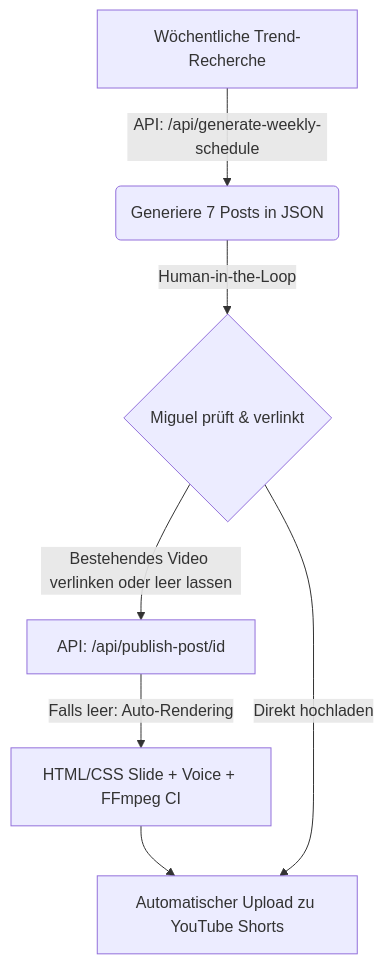
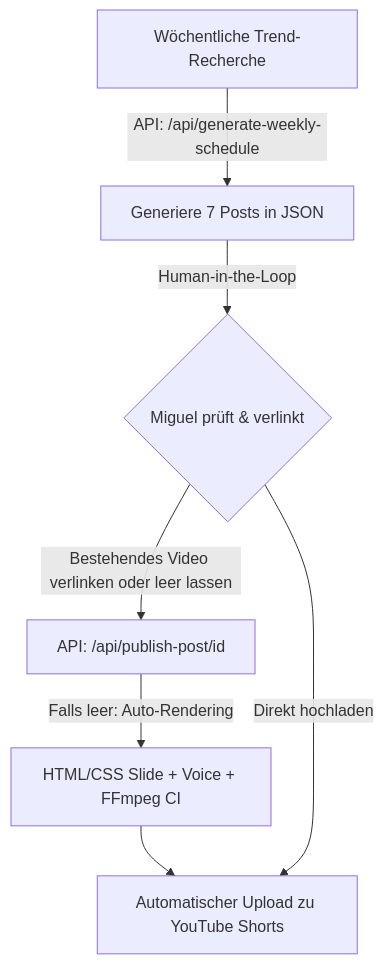
One commit to MIMAROS/autoshorts- changed the diagram in backend/mimaros_weekly_workflow.md. Above: the diagram before and after it, drawn with Mermaid. The commit also changed other lines of this file and 6 other files, not shown here.

Commit message:
fix(shorts): repair timestamp parsing, prevent FFmpeg overlay timeout, and add real-time progress

````diff
--- a/backend/mimaros_weekly_workflow.md
+++ b/backend/mimaros_weekly_workflow.md
@@ -9,9 +9,9 @@
 ```mermaid
 graph TD
-    A[Wöchentliche Trend-Recherche] -->|API: /api/generate-weekly-schedule| B(Generiere 7 Posts in JSON)
-    B -->|Human-in-the-Loop| C{Miguel prüft & verlinkt}
-    C -->|Bestehendes Video verlinken oder leer lassen| D[API: /api/publish-post/id]
-    D -->|Falls leer: Auto-Rendering| E[HTML/CSS Slide + Voice + FFmpeg CI]
-    E --> F[Automatischer Upload zu YouTube Shorts]
+    A["Wöchentliche Trend-Recherche"] -->|API: /api/generate-weekly-schedule| B["Generiere 7 Posts in JSON"]
+    B -->|Human-in-the-Loop| C{"Miguel prüft & verlinkt"}
+    C -->|Bestehendes Video verlinken oder leer lassen| D["API: /api/publish-post/id"]
+    D -->|Falls leer: Auto-Rendering| E["HTML/CSS Slide + Voice + FFmpeg CI"]
+    E --> F["Automatischer Upload zu YouTube Shorts"]
     C -->|Direkt hochladen| F
 ```
````
